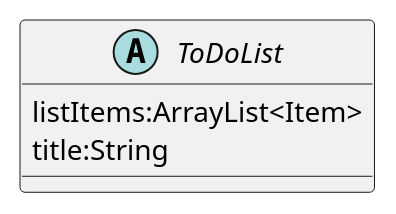
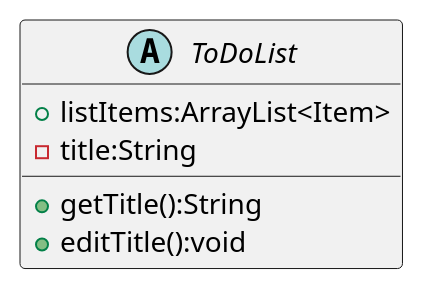
The diagram in src/uml/ToDoList.puml (tiffanythani/Thani-cop3330-assignment4part2), drawn with PlantUML before and after one commit. The commit also changed 10 other files, not shown here.

```diff
--- a/src/uml/ToDoList.puml
+++ b/src/uml/ToDoList.puml
@@ -1,9 +1,11 @@
 @startuml
 'https://plantuml.com/class-diagram
 
 abstract class ToDoList{
-    listItems:ArrayList<Item>
-    title:String
+    +listItems:ArrayList<Item>
+    -title:String
+    +getTitle():String
+    +editTitle():void
 }
 
 @enduml
```
